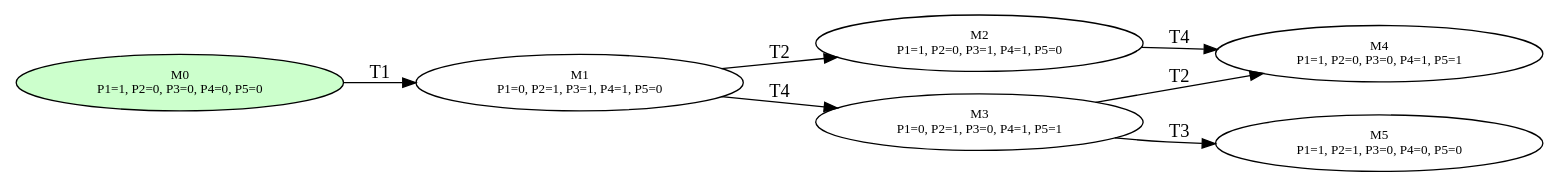
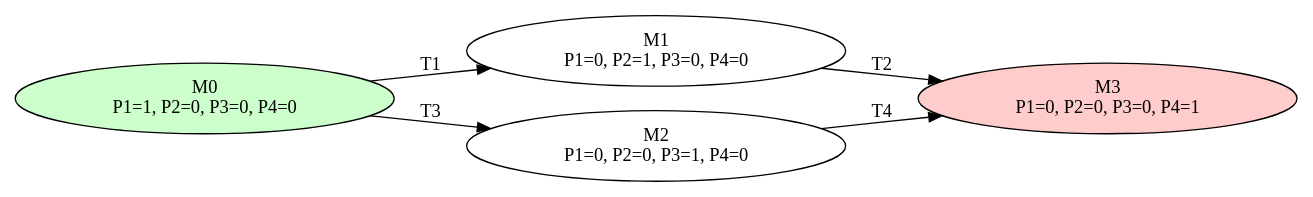
One commit to kimanh05/MHH-Petri-Nets changed the diagram in visualization/deadlock_graph.dot. Above: the diagram before and after it, drawn with Graphviz. The commit also changed 13 other files, not shown here.

```diff
--- a/visualization/deadlock_graph.dot
+++ b/visualization/deadlock_graph.dot
@@ -1,16 +1,11 @@
 digraph Deadlocks {
     rankdir=LR;
-    node [shape=ellipse, fontsize=10];
-    M0 [label="M0\nP1=1, P2=0, P3=0, P4=0, P5=0" style=filled, fillcolor="#ccffcc"];
-    M1 [label="M1\nP1=0, P2=1, P3=1, P4=1, P5=0" ];
-    M2 [label="M2\nP1=1, P2=0, P3=1, P4=1, P5=0" ];
-    M3 [label="M3\nP1=0, P2=1, P3=0, P4=1, P5=1" ];
-    M4 [label="M4\nP1=1, P2=0, P3=0, P4=1, P5=1" ];
-    M5 [label="M5\nP1=1, P2=1, P3=0, P4=0, P5=0" ];
+    M0 [label="M0\nP1=1, P2=0, P3=0, P4=0" style=filled, fillcolor="#ccffcc"];
+    M1 [label="M1\nP1=0, P2=1, P3=0, P4=0" ];
+    M2 [label="M2\nP1=0, P2=0, P3=1, P4=0" ];
+    M3 [label="M3\nP1=0, P2=0, P3=0, P4=1" style=filled, fillcolor="#ffcccc"];
     M0 -> M1 [label="T1"];
-    M1 -> M2 [label="T2"];
-    M1 -> M3 [label="T4"];
-    M2 -> M4 [label="T4"];
-    M3 -> M4 [label="T2"];
-    M3 -> M5 [label="T3"];
+    M0 -> M2 [label="T3"];
+    M1 -> M3 [label="T2"];
+    M2 -> M3 [label="T4"];
 }
```
